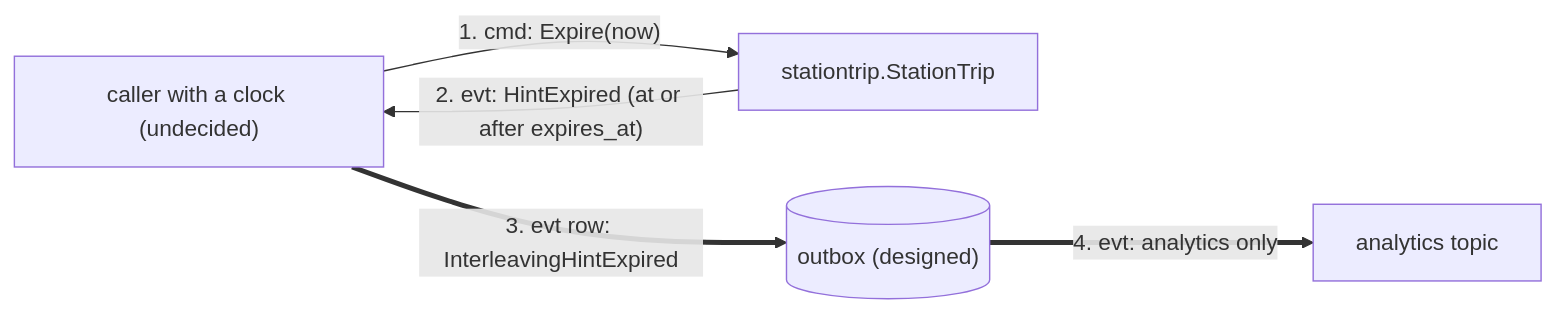
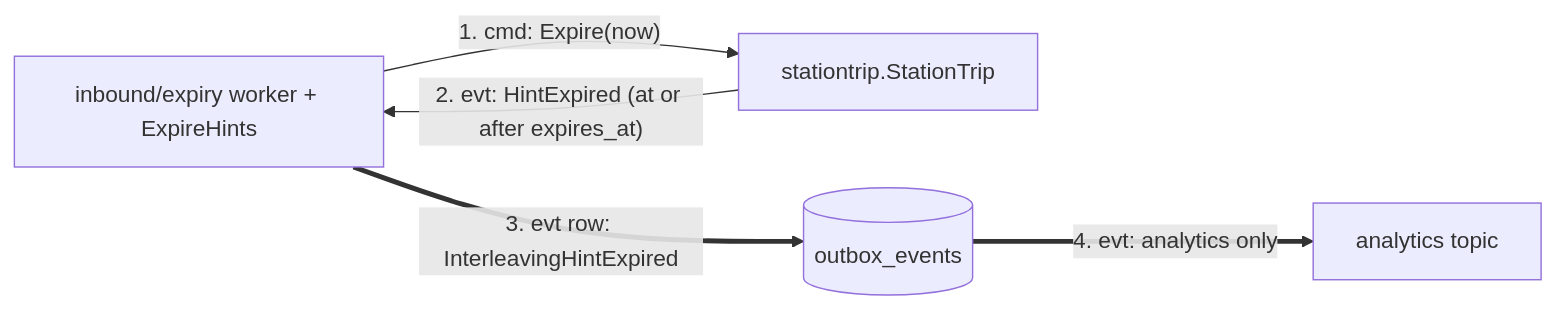
The fourth of 5 diagrams in docs/docs/ddd/domain-message-flow.md (IQVO/task-interleaving), drawn with Mermaid before and after one commit. The commit also changed other lines of this file and 15 other files, not shown here.

````diff
--- a/docs/docs/ddd/domain-message-flow.md
+++ b/docs/docs/ddd/domain-message-flow.md
@@ -94,11 +104,11 @@
 ```mermaid
 flowchart LR
-    clk["caller with a clock (undecided)"]
+    clk["inbound/expiry worker + ExpireHints"]
     trip["stationtrip.StationTrip"]
-    ob[("outbox (designed)")]
+    ob[("outbox_events")]
     an["analytics topic"]
     clk -->|"1. cmd: Expire(now)"| trip
     trip -->|"2. evt: HintExpired (at or after expires_at)"| clk
     clk ==>|"3. evt row: InterleavingHintExpired"| ob
     ob ==>|"4. evt: analytics only"| an
 ```
````
